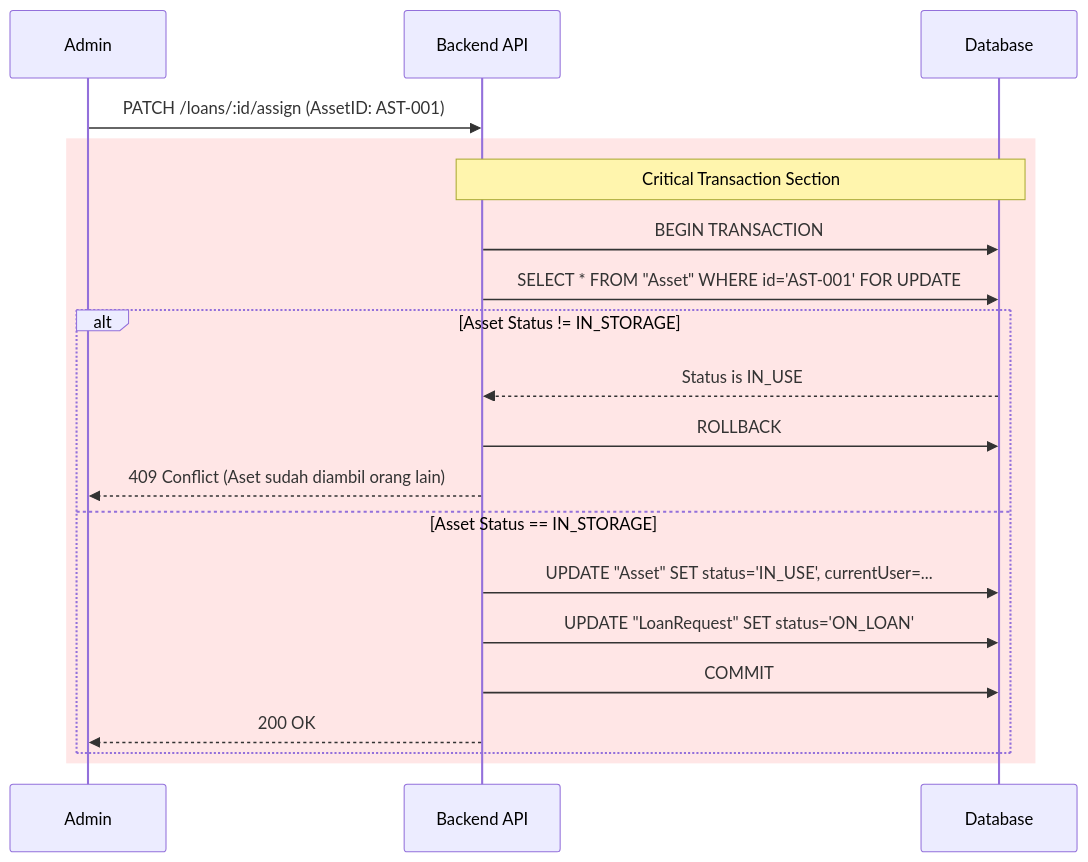
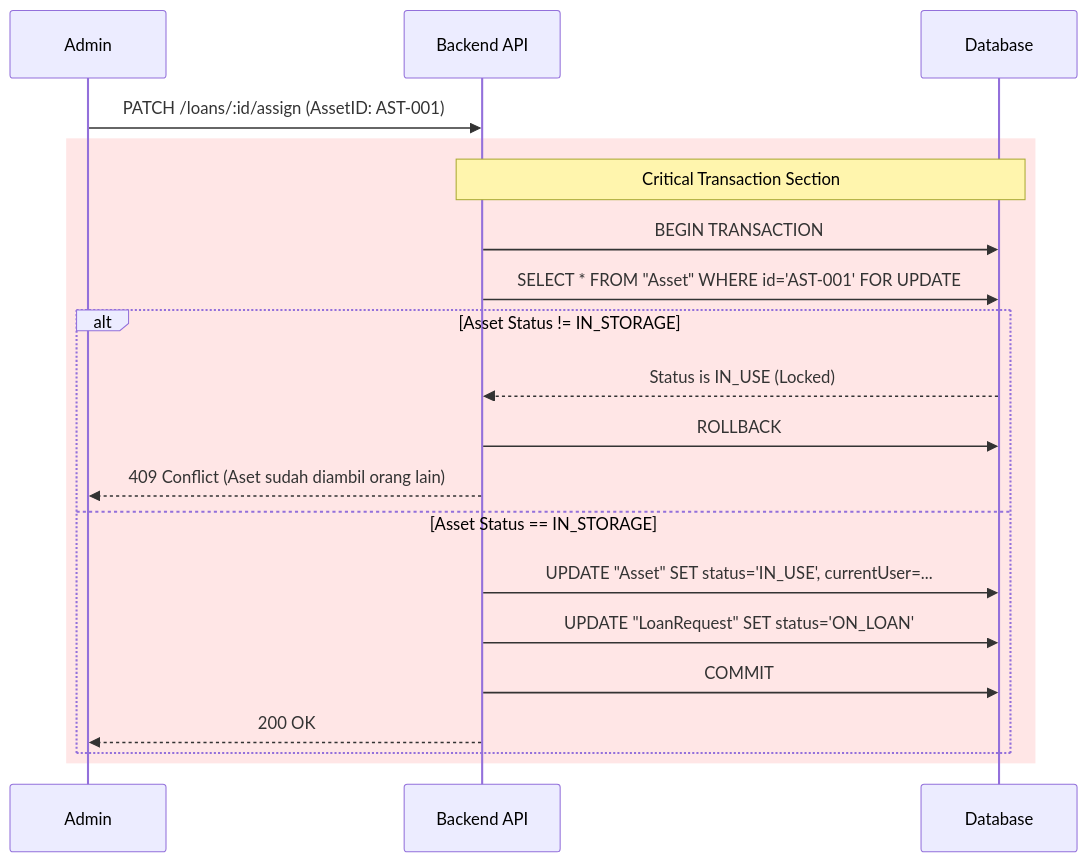
One commit to Asamaludi26/TrinityApps changed the second of 3 diagrams in Docs/01_CONCEPT_AND_ARCHITECTURE/BUSINESS_LOGIC_FLOWS.md. Above: the diagram before and after it, drawn with Mermaid. The commit also changed other lines of this file and 3 other files, not shown here.

````diff
--- a/Docs/01_CONCEPT_AND_ARCHITECTURE/BUSINESS_LOGIC_FLOWS.md
+++ b/Docs/01_CONCEPT_AND_ARCHITECTURE/BUSINESS_LOGIC_FLOWS.md
@@ -66,25 +68,25 @@
 ```mermaid
 sequenceDiagram
     participant Admin
     participant BE as Backend API
     participant DB as Database
 
     Admin->>BE: PATCH /loans/:id/assign (AssetID: AST-001)
     
     rect rgb(255, 230, 230)
         Note over BE, DB: Critical Transaction Section
         BE->>DB: BEGIN TRANSACTION
         BE->>DB: SELECT * FROM "Asset" WHERE id='AST-001' FOR UPDATE
         
         alt Asset Status != IN_STORAGE
-            DB-->>BE: Status is IN_USE
+            DB-->>BE: Status is IN_USE (Locked)
             BE->>DB: ROLLBACK
             BE-->>Admin: 409 Conflict (Aset sudah diambil orang lain)
         else Asset Status == IN_STORAGE
             BE->>DB: UPDATE "Asset" SET status='IN_USE', currentUser=...
             BE->>DB: UPDATE "LoanRequest" SET status='ON_LOAN'
             BE->>DB: COMMIT
             BE-->>Admin: 200 OK
         end
     end
 ```
````
